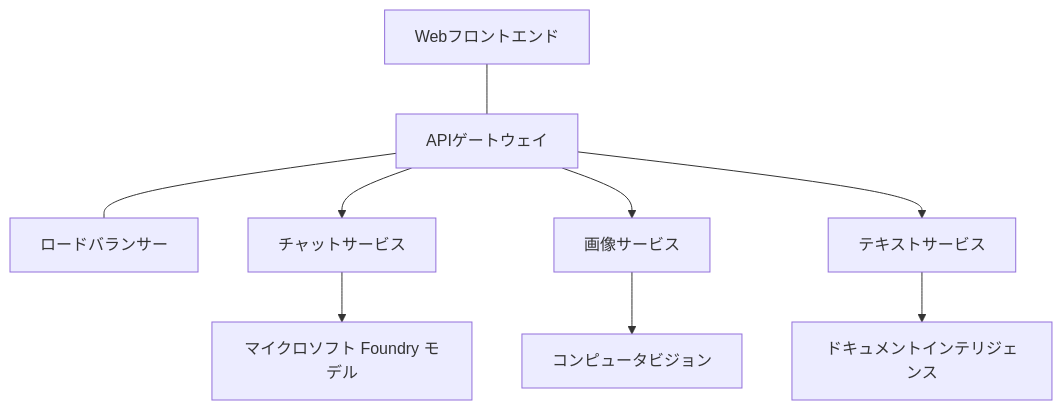
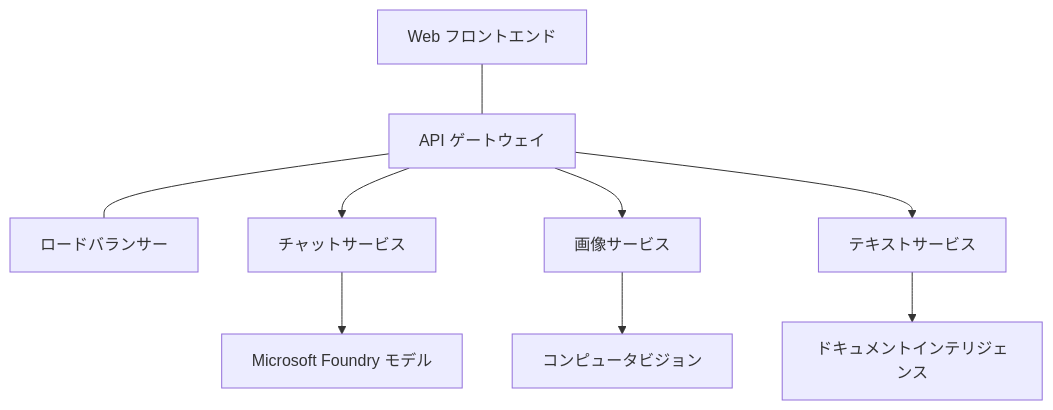
Before and after one commit to microsoft/AZD-for-beginners: the diagram in translations/ja/docs/chapter-08-production/production-ai-practices.md, drawn with Mermaid. The commit also changed other lines of this file and 104 other files, not shown here.

````diff
--- a/translations/ja/docs/chapter-08-production/production-ai-practices.md
+++ b/translations/ja/docs/chapter-08-production/production-ai-practices.md
@@ -30,10 +30,10 @@
 ```mermaid
 graph TD
-    Frontend[Webフロントエンド] --- Gateway[APIゲートウェイ] --- LB[ロードバランサー]
+    Frontend[Web フロントエンド] --- Gateway[API ゲートウェイ] --- LB[ロードバランサー]
     Gateway --> Chat[チャットサービス]
     Gateway --> Image[画像サービス]
     Gateway --> Text[テキストサービス]
-    Chat --> OpenAI[マイクロソフト Foundry モデル]
+    Chat --> OpenAI[Microsoft Foundry モデル]
     Image --> Vision[コンピュータビジョン]
     Text --> DocIntel[ドキュメントインテリジェンス]
 ```
````
